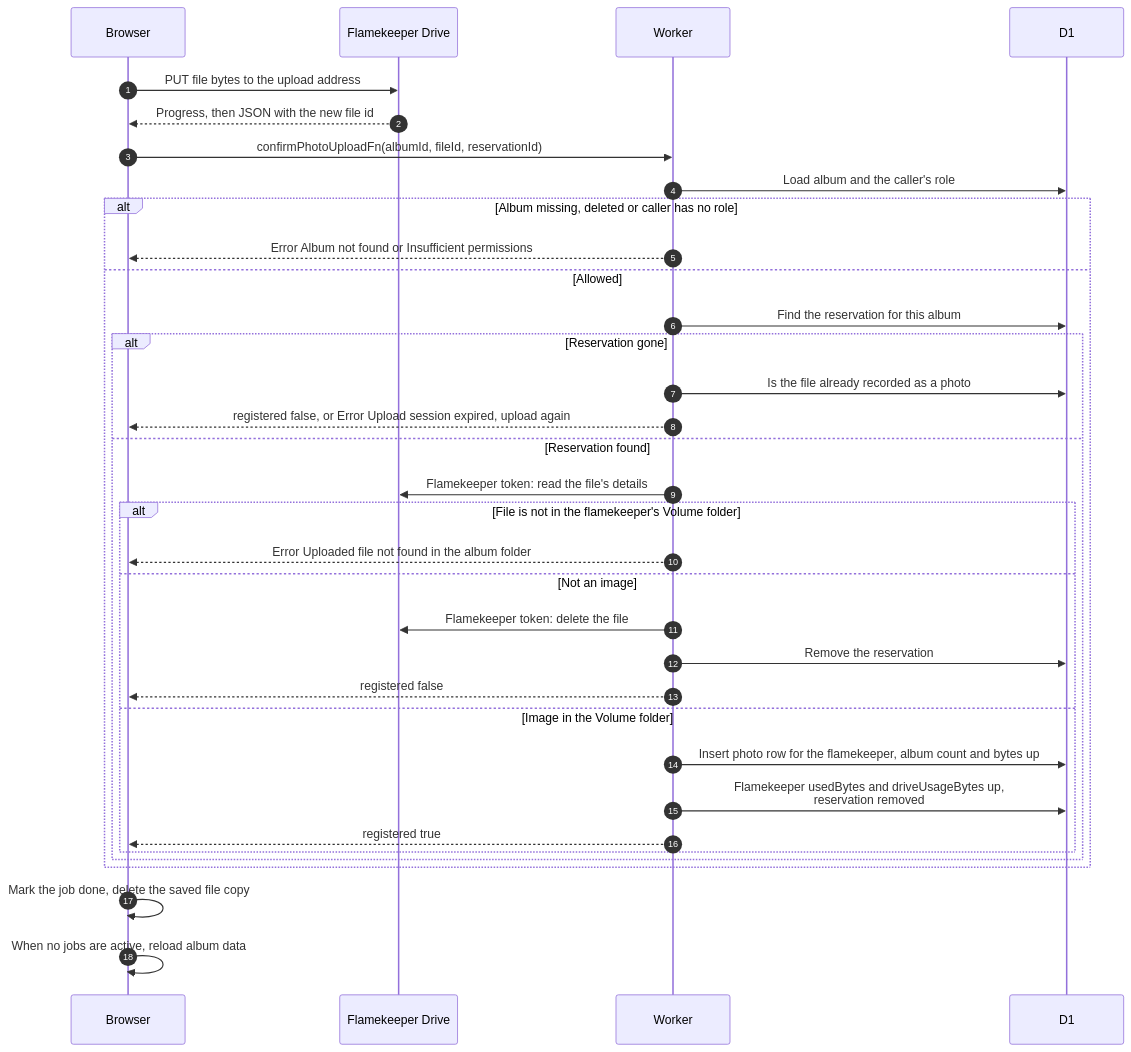
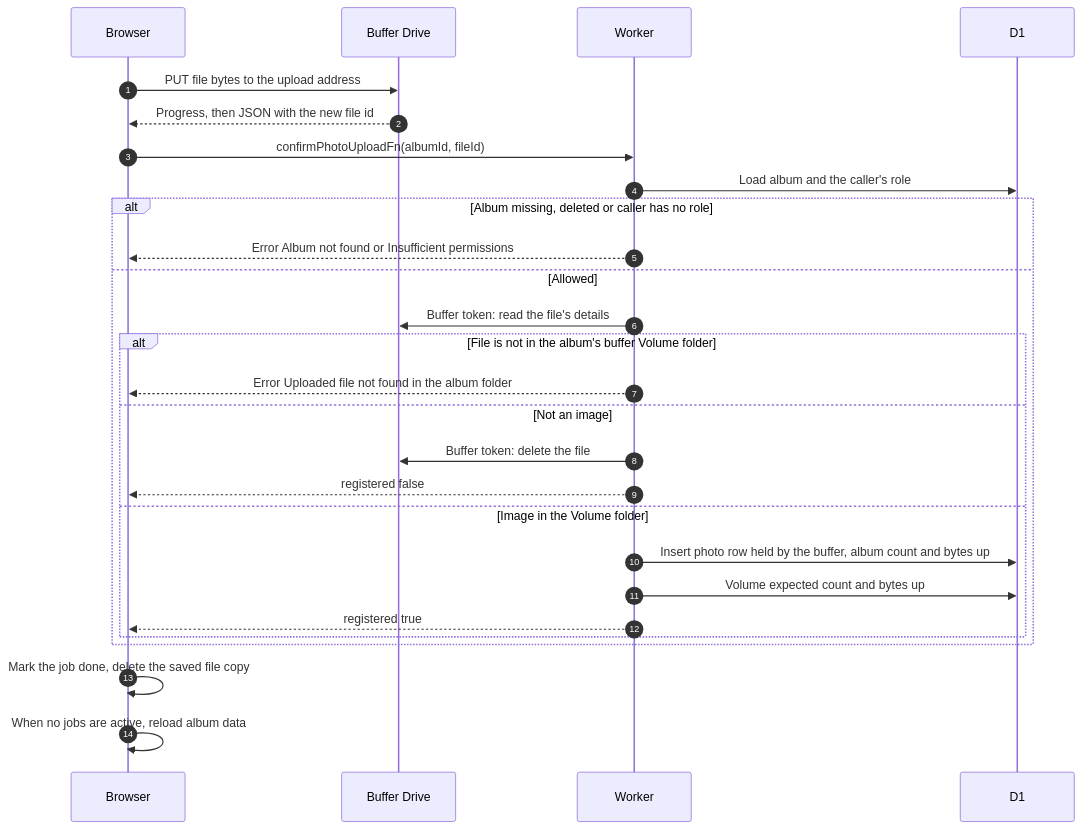
Before and after one commit to sagyzdop/meriksirat: the diagram in docs/scenarios/albums/upload-send-and-confirm.md, drawn with Mermaid. The commit also changed other lines of this file and 32 other files, not shown here.

````diff
--- a/docs/scenarios/albums/upload-send-and-confirm.md
+++ b/docs/scenarios/albums/upload-send-and-confirm.md
@@ -14,36 +15,29 @@
 ```mermaid
 sequenceDiagram
     autonumber
     participant B as Browser
-    participant F as Flamekeeper Drive
+    participant U as Buffer Drive
     participant W as Worker
     participant D as D1
-    B->>F: PUT file bytes to the upload address
-    F-->>B: Progress, then JSON with the new file id
-    B->>W: confirmPhotoUploadFn(albumId, fileId, reservationId)
+    B->>U: PUT file bytes to the upload address
+    U-->>B: Progress, then JSON with the new file id
+    B->>W: confirmPhotoUploadFn(albumId, fileId)
     W->>D: Load album and the caller's role
     alt Album missing, deleted or caller has no role
         W-->>B: Error Album not found or Insufficient permissions
     else Allowed
-        W->>D: Find the reservation for this album
-        alt Reservation gone
-            W->>D: Is the file already recorded as a photo
-            W-->>B: registered false, or Error Upload session expired, upload again
-        else Reservation found
-            W->>F: Flamekeeper token: read the file's details
-            alt File is not in the flamekeeper's Volume folder
-                W-->>B: Error Uploaded file not found in the album folder
-            else Not an image
-                W->>F: Flamekeeper token: delete the file
-                W->>D: Remove the reservation
-                W-->>B: registered false
-            else Image in the Volume folder
-                W->>D: Insert photo row for the flamekeeper, album count and bytes up
-                W->>D: Flamekeeper usedBytes and driveUsageBytes up,<br/>reservation removed
-                W-->>B: registered true
-            end
+        W->>U: Buffer token: read the file's details
+        alt File is not in the album's buffer Volume folder
+            W-->>B: Error Uploaded file not found in the album folder
+        else Not an image
+            W->>U: Buffer token: delete the file
+            W-->>B: registered false
+        else Image in the Volume folder
+            W->>D: Insert photo row held by the buffer, album count and bytes up
+            W->>D: Volume expected count and bytes up
+            W-->>B: registered true
         end
     end
     B->>B: Mark the job done, delete the saved file copy
     B->>B: When no jobs are active, reload album data
 ```
````
